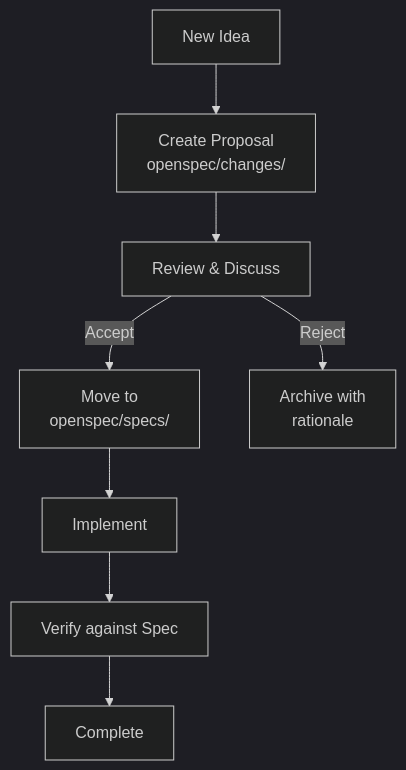
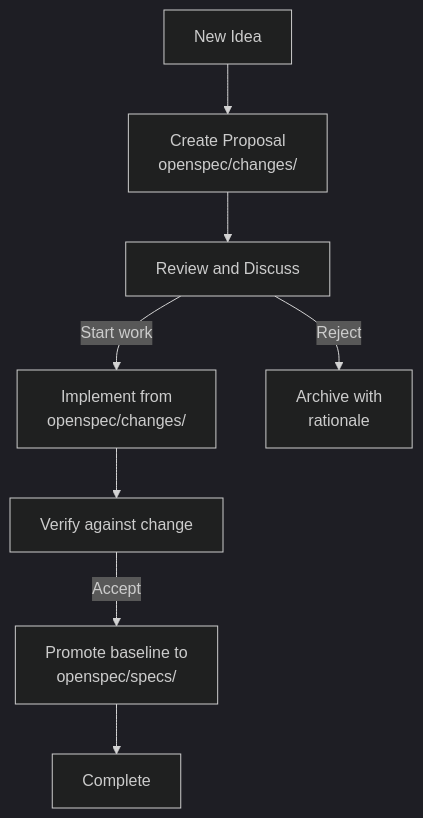
The fifth of 5 diagrams in docs/en/whitepaper/architecture.md (LessUp/modern-ai-kernels), drawn with Mermaid (dark theme) before and after one commit. The commit also changed other lines of this file and 47 other files, not shown here.

````diff
--- a/docs/en/whitepaper/architecture.md
+++ b/docs/en/whitepaper/architecture.md
@@ -216,10 +209,10 @@
 ```mermaid
 flowchart TB
     IDEA["New Idea"] --> PROPOSAL["Create Proposal<br/>openspec/changes/"]
-    PROPOSAL --> REVIEW["Review & Discuss"]
-    REVIEW -->|"Accept"| SPEC["Move to<br/>openspec/specs/"]
+    PROPOSAL --> REVIEW["Review and Discuss"]
+    REVIEW -->|"Start work"| IMPL["Implement from<br/>openspec/changes/"]
     REVIEW -->|"Reject"| ARCHIVE["Archive with<br/>rationale"]
-    SPEC --> IMPL["Implement"]
-    IMPL --> VERIFY["Verify against Spec"]
-    VERIFY --> DONE["Complete"]
+    IMPL --> VERIFY["Verify against change"]
+    VERIFY -->|"Accept"| SPEC["Promote baseline to<br/>openspec/specs/"]
+    SPEC --> DONE["Complete"]
 ```
````
